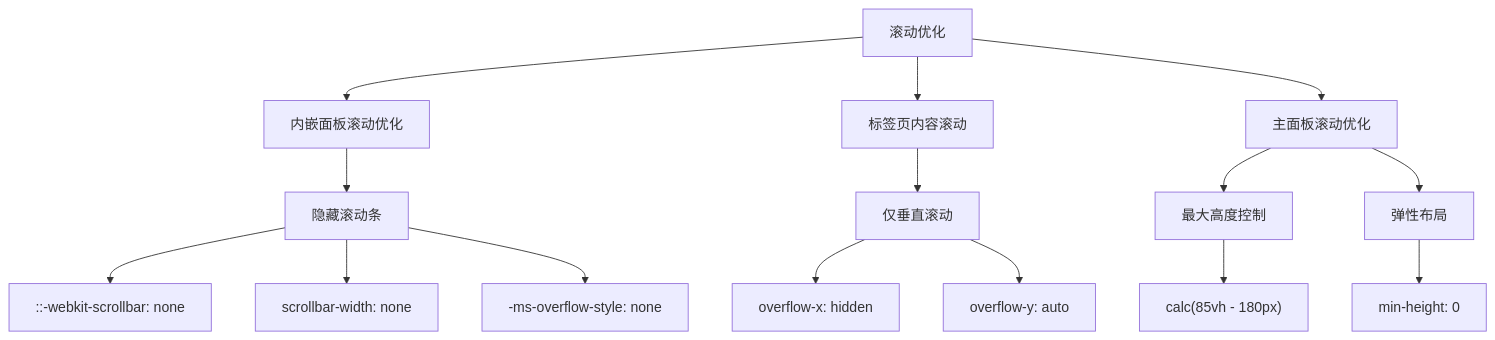
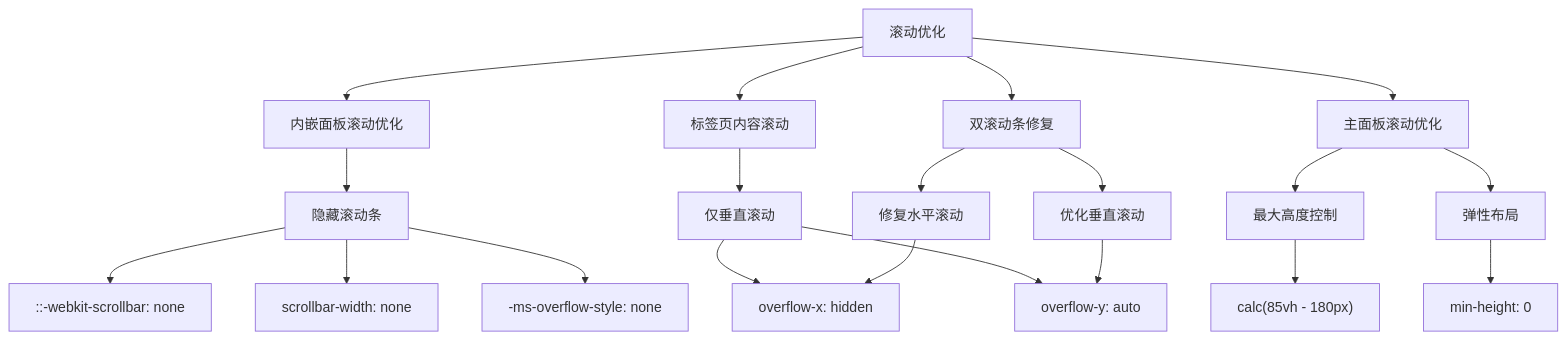
Before and after one commit to kqcoxn/MaaPipelineEditor: the tenth of 11 diagrams in .qoder/repowiki/zh/content/用户界面/面板系统/字段面板.md, drawn with Mermaid. The commit also changed other lines of this file and 8 other files, not shown here.

````diff
--- a/.qoder/repowiki/zh/content/用户界面/面板系统/字段面板.md
+++ b/.qoder/repowiki/zh/content/用户界面/面板系统/字段面板.md
@@ -570,17 +581,22 @@
 ```mermaid
 flowchart TD
 ScrollOptimization["滚动优化"] --> InlinePanel["内嵌面板滚动优化"]
 ScrollOptimization --> TabContent["标签页内容滚动"]
 ScrollOptimization --> MainPanel["主面板滚动优化"]
+ScrollOptimization --> DoubleScrollFix["双滚动条修复"]
 InlinePanel --> HideScrollbar["隐藏滚动条"]
 HideScrollbar --> Webkit["::-webkit-scrollbar: none"]
 HideScrollbar --> Firefox["scrollbar-width: none"]
 HideScrollbar --> IE["-ms-overflow-style: none"]
 TabContent --> VerticalOnly["仅垂直滚动"]
 VerticalOnly --> HiddenX["overflow-x: hidden"]
 VerticalOnly --> AutoY["overflow-y: auto"]
 MainPanel --> MaxHeight["最大高度控制"]
 MaxHeight --> CalcHeight["calc(85vh - 180px)"]
 MainPanel --> FlexLayout["弹性布局"]
 FlexLayout --> MinZero["min-height: 0"]
+DoubleScrollFix --> FixHorizontal["修复水平滚动"]
+DoubleScrollFix --> FixVertical["优化垂直滚动"]
+FixHorizontal --> HiddenX
+FixVertical --> AutoY
 ```
````
